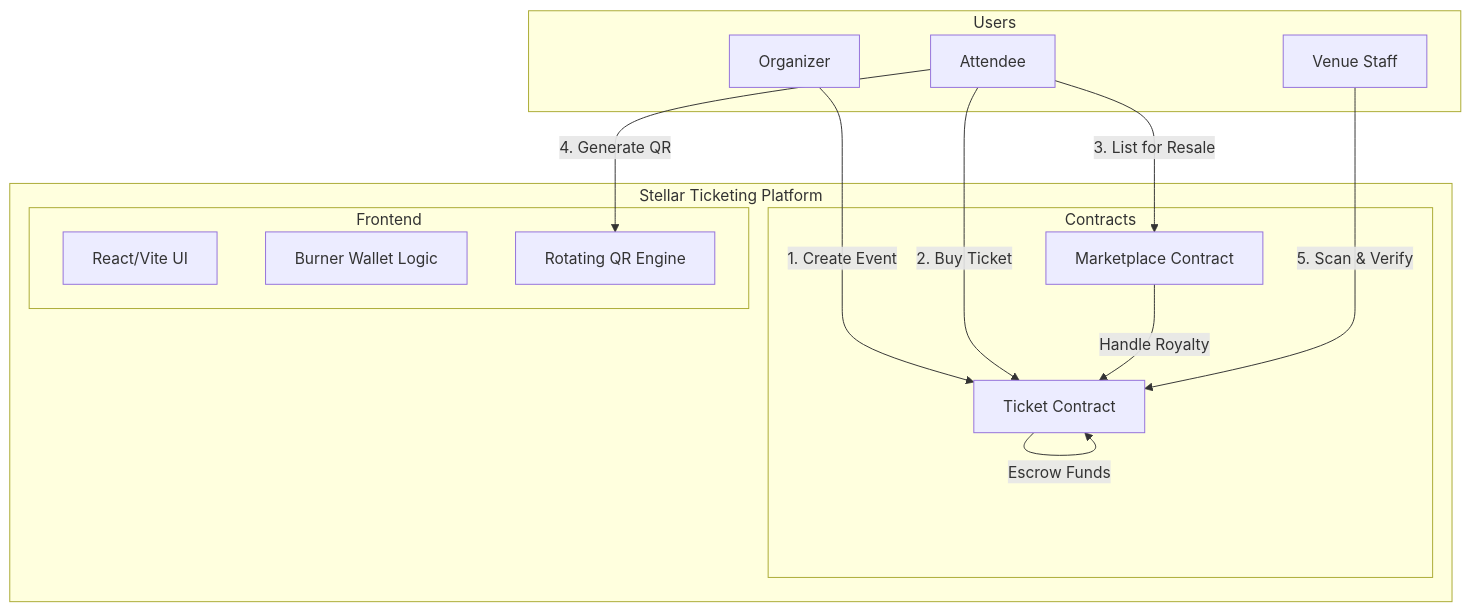
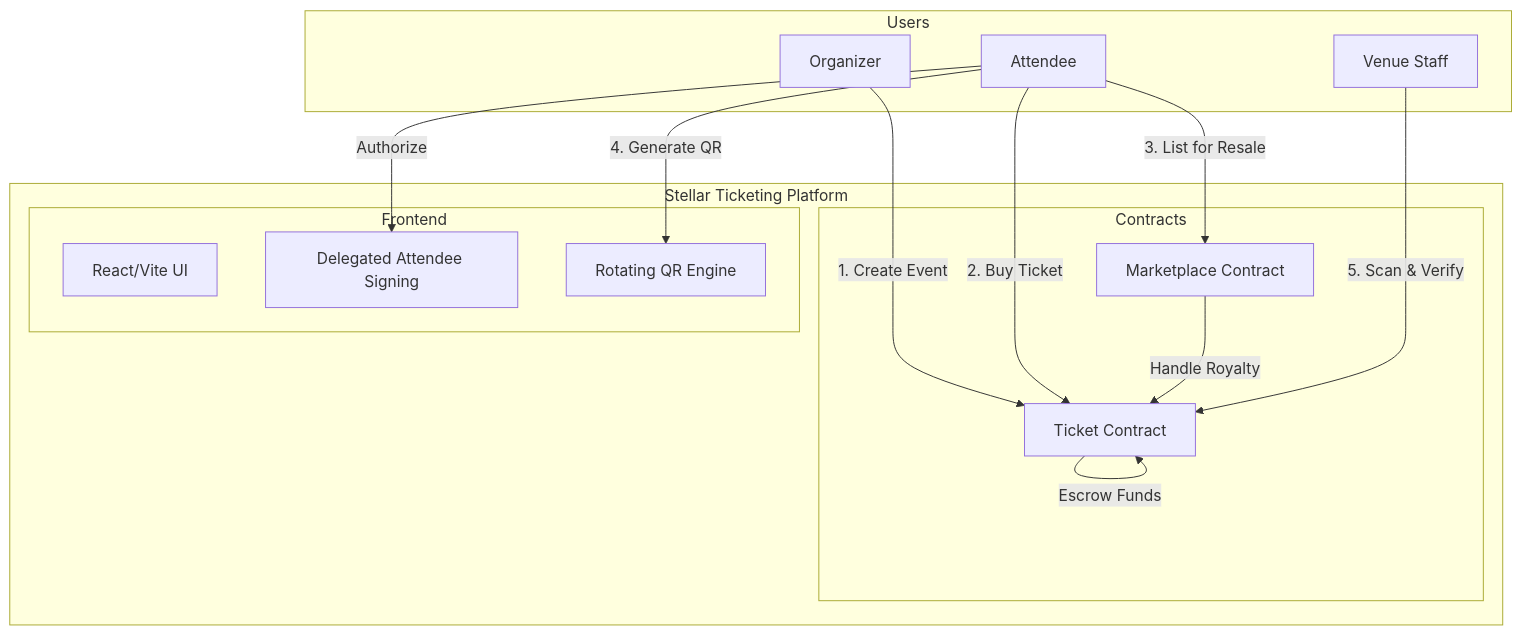
The diagram in README.md (TusharDarsena/PulseGate), drawn with Mermaid before and after one commit. The commit also changed other lines of this file and 7 other files, not shown here.

````diff
--- a/README.md
+++ b/README.md
@@ -26,29 +26,30 @@
 ```mermaid
 graph TD
     subgraph Users
         O[Organizer]
         A[Attendee]
         V[Venue Staff]
     end
 
     subgraph Stellar Ticketing Platform
         subgraph Contracts
             TC[Ticket Contract]
             MC[Marketplace Contract]
         end
 
         subgraph Frontend
             UI[React/Vite UI]
-            BW[Burner Wallet Logic]
+            DW[Delegated Attendee Signing]
             QR[Rotating QR Engine]
         end
     end
 
     O -->|1. Create Event| TC
     A -->|2. Buy Ticket| TC
+    A -->|Authorize| DW
     TC -->|Escrow Funds| TC
     A -->|3. List for Resale| MC
     MC -->|Handle Royalty| TC
     A -->|4. Generate QR| QR
     V -->|5. Scan & Verify| TC
 ```
````
